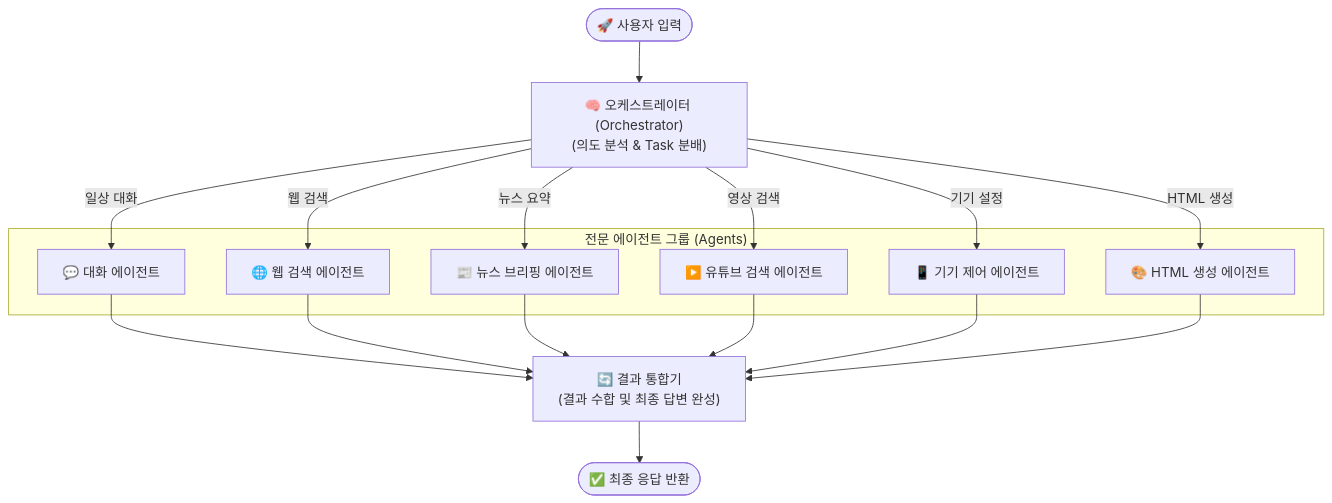
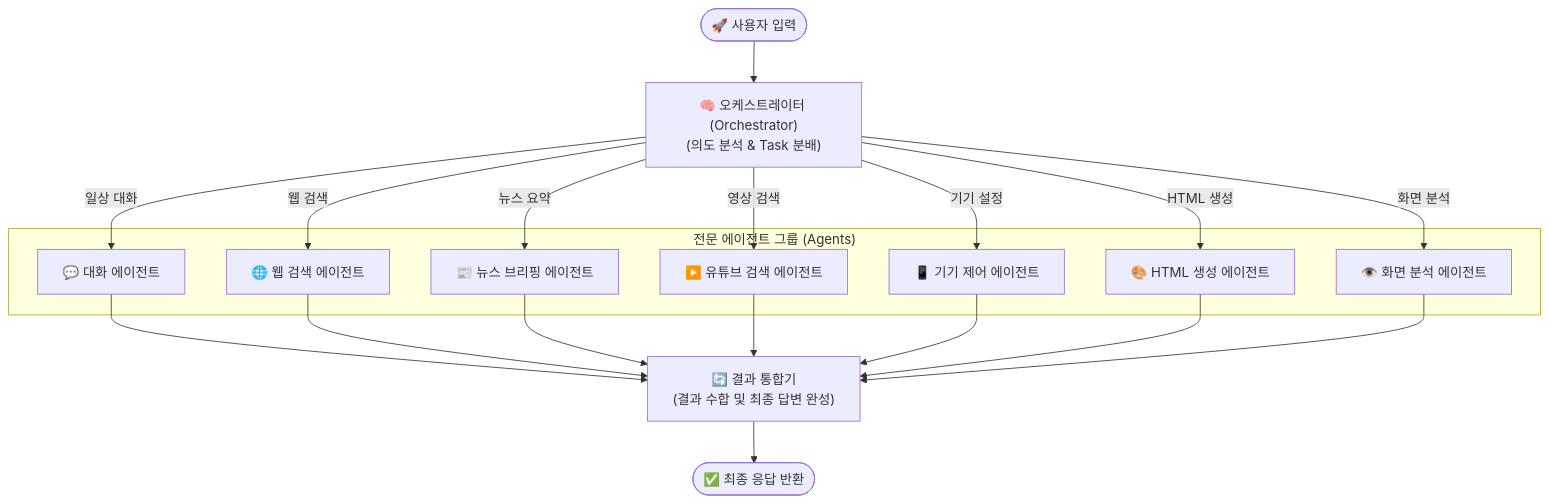
Before and after one commit to shyunMin/tizen-home-agent: the first of 3 diagrams in README.md, drawn with Mermaid. The commit also changed other lines of this file and 2 other files, not shown here.

Commit message:
Add Vision Agent for screen analysis

````diff
--- a/README.md
+++ b/README.md
@@ -18,29 +18,32 @@
 ```mermaid
 graph TD
     START([🚀 사용자 입력]) --> Orchestrator["🧠 오케스트레이터 (Orchestrator)\n(의도 분석 & Task 분배)"]
     
     subgraph Agents ["전문 에이전트 그룹 (Agents)"]
         ChatAgent["💬 대화 에이전트"]
         WebSearchAgent["🌐 웹 검색 에이전트"]
         BriefingAgent["📰 뉴스 브리핑 에이전트"]
         YouTubeAgent["▶️ 유튜브 검색 에이전트"]
         DeviceAgent["📱 기기 제어 에이전트"]
         HTMLGenAgent["🎨 HTML 생성 에이전트"]
+        VisionAgent["👁️ 화면 분석 에이전트"]
     end
     
     Orchestrator -->|일상 대화| ChatAgent
     Orchestrator -->|웹 검색| WebSearchAgent
     Orchestrator -->|뉴스 요약| BriefingAgent
     Orchestrator -->|영상 검색| YouTubeAgent
     Orchestrator -->|기기 설정| DeviceAgent
     Orchestrator -->|HTML 생성| HTMLGenAgent
+    Orchestrator -->|화면 분석| VisionAgent
     
     ChatAgent --> ResultIntegrator
     WebSearchAgent --> ResultIntegrator
     BriefingAgent --> ResultIntegrator
     YouTubeAgent --> ResultIntegrator
     DeviceAgent --> ResultIntegrator
     HTMLGenAgent --> ResultIntegrator
+    VisionAgent --> ResultIntegrator
     
     ResultIntegrator["🔄 결과 통합기\n(결과 수합 및 최종 답변 완성)"] --> END([✅ 최종 응답 반환])
 ```
````
